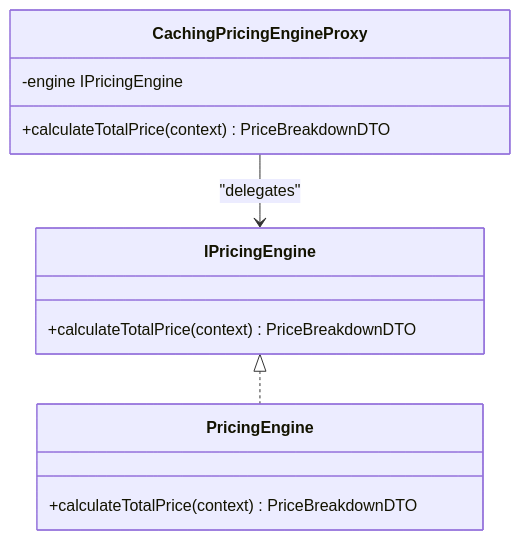
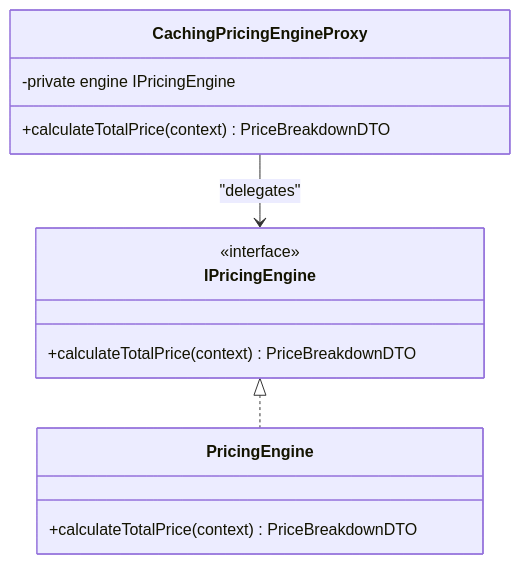
One commit to anhtudayne/Design_Pattern changed the eighth of 9 diagrams in .qoder/repowiki/en/content/Core Features Implementation/Dynamic Pricing Engine.md. Above: the diagram before and after it, drawn with Mermaid. The commit also changed other lines of this file and 101 other files, not shown here.

````diff
--- a/.qoder/repowiki/en/content/Core Features Implementation/Dynamic Pricing Engine.md
+++ b/.qoder/repowiki/en/content/Core Features Implementation/Dynamic Pricing Engine.md
@@ -385,15 +453,16 @@
 ```mermaid
 classDiagram
 class IPricingEngine {
+<<interface>>
 +calculateTotalPrice(context) PriceBreakdownDTO
 }
 class PricingEngine {
 +calculateTotalPrice(context) PriceBreakdownDTO
 }
 class CachingPricingEngineProxy {
--engine IPricingEngine
+-private engine IPricingEngine
 +calculateTotalPrice(context) PriceBreakdownDTO
 }
 IPricingEngine <|.. PricingEngine
 CachingPricingEngineProxy --> IPricingEngine : "delegates"
 ```
````
